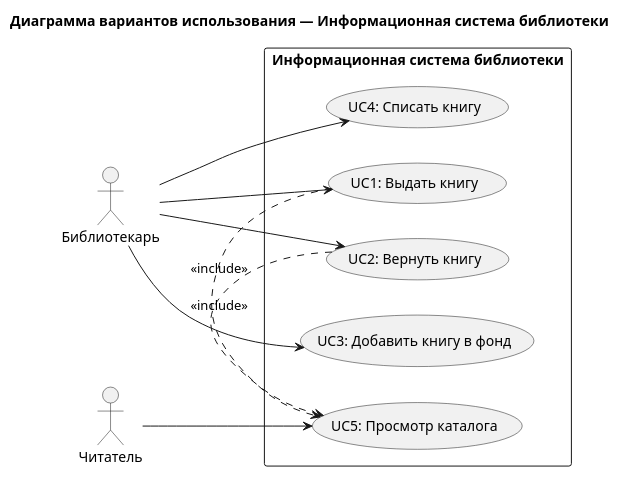
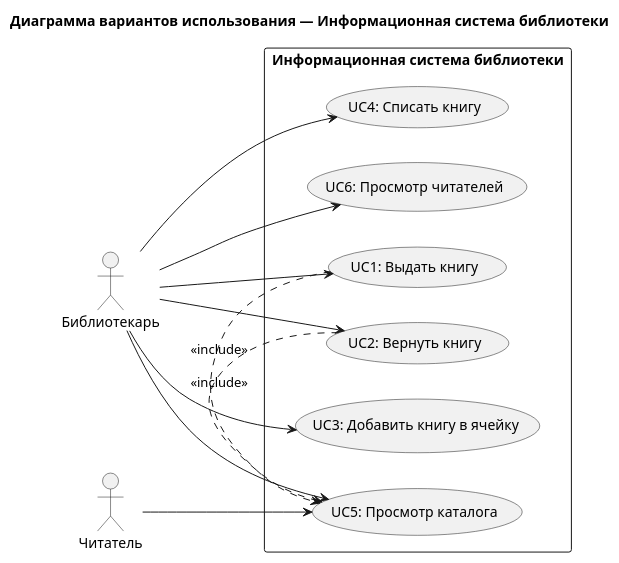
The diagram in Сценарии использования/Диаграмма вариантов использования.md (penamarth/bsbo-01-23_team4_var2_bibl), drawn with PlantUML before and after one commit. The commit also changed other lines of this file and 37 other files, not shown here.

````diff
--- a/Сценарии использования/Диаграмма вариантов использования.md
+++ b/Сценарии использования/Диаграмма вариантов использования.md
@@ -1,30 +1,33 @@
 ```plantuml
 @startuml
 skinparam packageStyle rect
 left to right direction
-
 
 title Диаграмма вариантов использования — Информационная система библиотеки
 
 actor "Библиотекарь" as Librarian
 actor "Читатель" as Reader
 
 rectangle "Информационная система библиотеки" as System {
-usecase "UC1: Выдать книгу" as UC_Borrow
-usecase "UC2: Вернуть книгу" as UC_Return
-usecase "UC3: Добавить книгу в фонд" as UC_Add
-usecase "UC4: Списать книгу" as UC_WriteOff
-usecase "UC5: Просмотр каталога" as UC_View
+  usecase "UC1: Выдать книгу" as UC_Borrow
+  usecase "UC2: Вернуть книгу" as UC_Return
+  usecase "UC3: Добавить книгу в ячейку" as UC_Add
+  usecase "UC4: Списать книгу" as UC_WriteOff
+  usecase "UC5: Просмотр каталога" as UC_View
+  usecase "UC6: Просмотр читателей" as UC_ViewReaders
 }
 
 Librarian --> UC_Borrow
 Librarian --> UC_Return
 Librarian --> UC_Add
 Librarian --> UC_WriteOff
+Librarian --> UC_View
+Librarian --> UC_ViewReaders
+
 Reader --> UC_View
 
 UC_Borrow .> UC_View : <<include>>
 UC_Return .> UC_View : <<include>>
 
 @enduml
 ```
````
